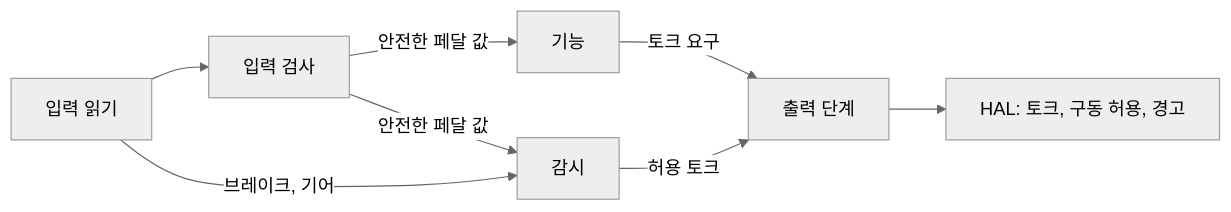
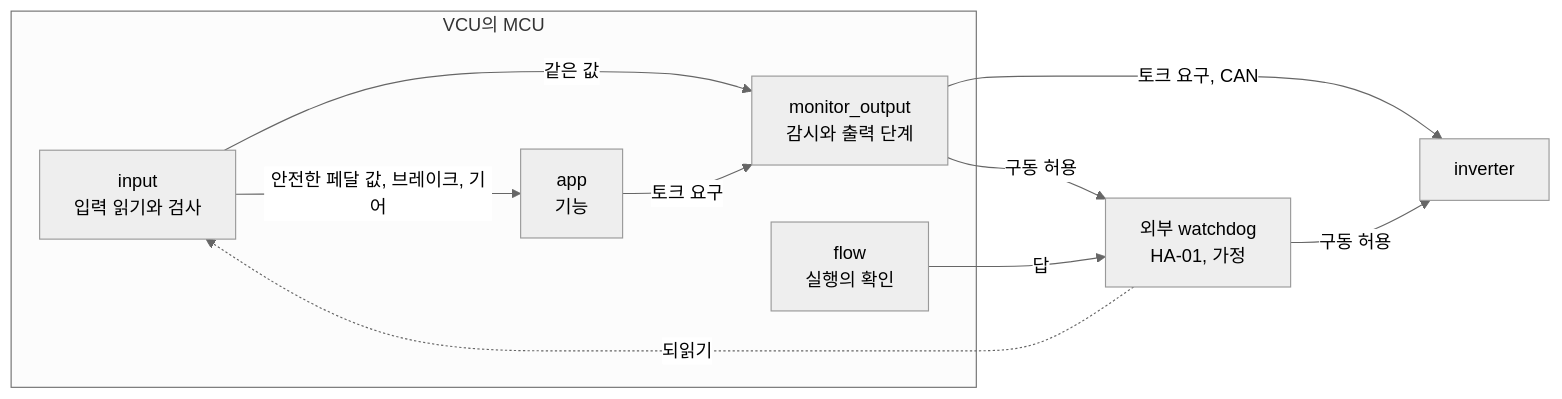
Before and after one commit to danielhongwoo/fusa: the diagram in chapters/ch11-software-architecture.md, drawn with Mermaid (neutral theme). The commit also changed other lines of this file and 3 other files, not shown here.

````diff
--- a/chapters/ch11-software-architecture.md
+++ b/chapters/ch11-software-architecture.md
@@ -68,10 +92,19 @@
 ```mermaid
 flowchart LR
-    READ["입력 읽기"] --> CHK["입력 검사"]
-    CHK -- "안전한 페달 값" --> APP["기능"]
-    CHK -- "안전한 페달 값" --> MON["감시"]
-    READ -- "브레이크, 기어" --> MON
-    APP -- "토크 요구" --> OUT["출력 단계"]
-    MON -- "허용 토크" --> OUT
-    OUT --> HAL["HAL: 토크, 구동 허용, 경고"]
+    subgraph MCU["VCU의 MCU"]
+        IN["input<br/>입력 읽기와 검사"]
+        APP["app<br/>기능"]
+        MON["monitor_output<br/>감시와 출력 단계"]
+        FLOW["flow<br/>실행의 확인"]
+    end
+    WD["외부 watchdog<br/>HA-01, 가정"]
+    INV["inverter"]
+    IN -- "안전한 페달 값, 브레이크, 기어" --> APP
+    IN -- "같은 값" --> MON
+    APP -- "토크 요구" --> MON
+    MON -- "토크 요구, CAN" --> INV
+    MON -- "구동 허용" --> WD
+    FLOW -- "답" --> WD
+    WD -- "구동 허용" --> INV
+    WD -. "되읽기" .-> IN
 ```
````
